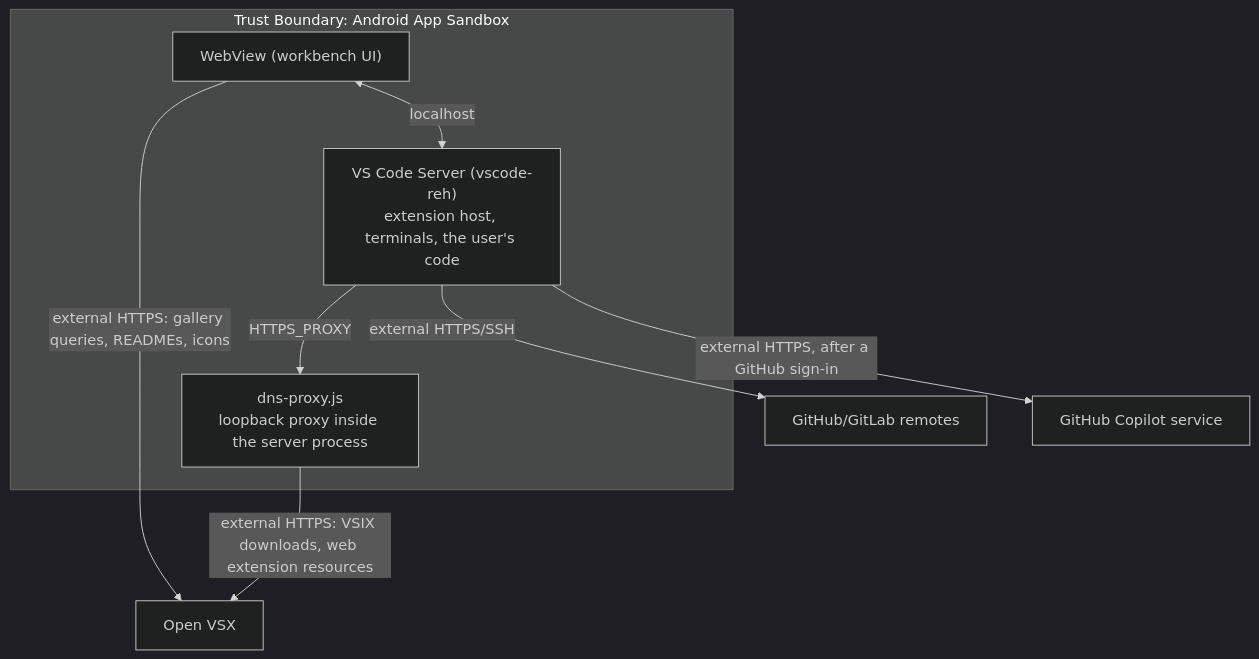
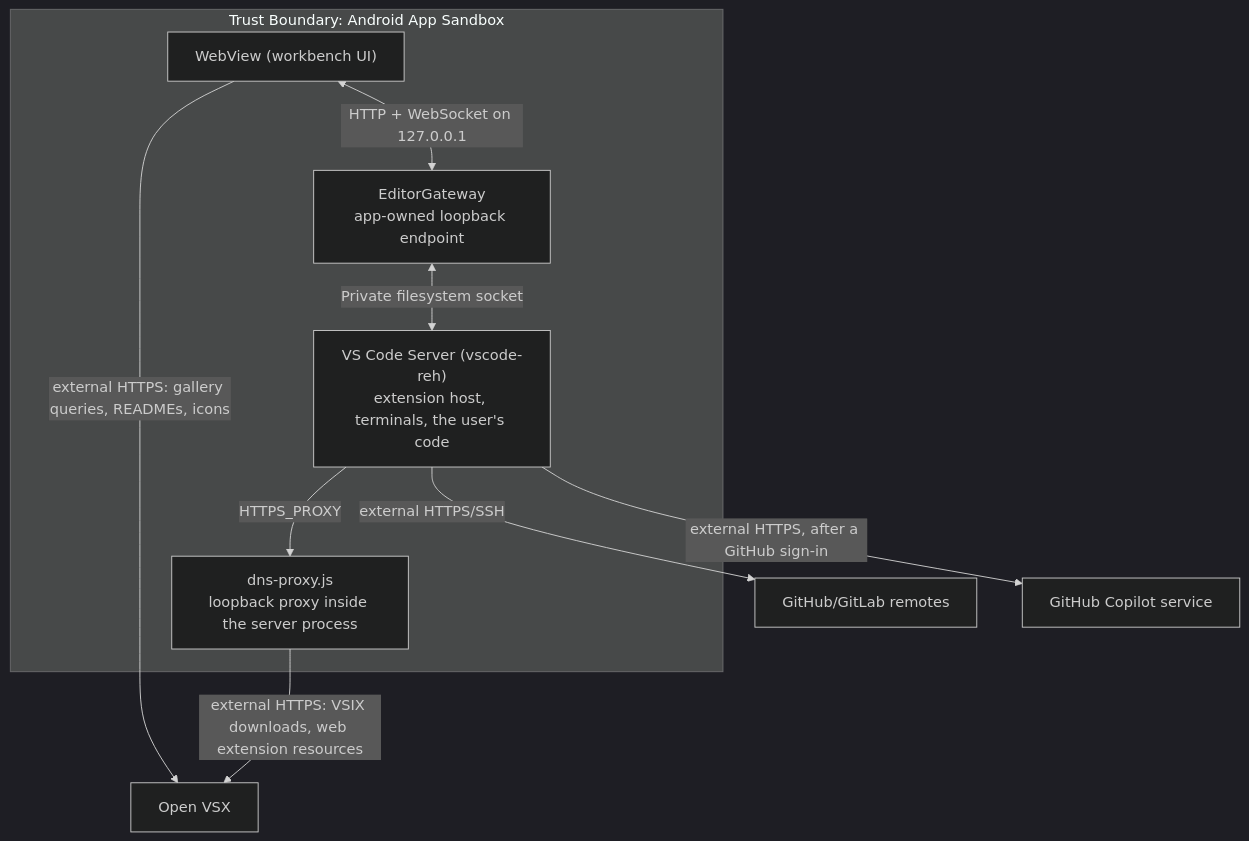
One commit to rmyndharis/VSCodroid changed the diagram in docs/06-SECURITY.md. Above: the diagram before and after it, drawn with Mermaid (dark theme). The commit also changed other lines of this file and 221 other files, not shown here.

````diff
--- a/docs/06-SECURITY.md
+++ b/docs/06-SECURITY.md
@@ -24,11 +24,12 @@
 ```mermaid
 flowchart TD
   subgraph SANDBOX["Trust Boundary: Android App Sandbox"]
-    W["WebView (workbench UI)"] <--> |"localhost"| N["VS Code Server (vscode-reh)<br/>extension host, terminals, the user's code"]
+    W["WebView (workbench UI)"] <--> |"HTTP + WebSocket on 127.0.0.1"| E["EditorGateway<br/>app-owned loopback endpoint"]
+    E <--> |"Private filesystem socket"| N["VS Code Server (vscode-reh)<br/>extension host, terminals, the user's code"]
     N --> |"HTTPS_PROXY"| P["dns-proxy.js<br/>loopback proxy inside the server process"]
   end
   W --> |"external HTTPS: gallery queries, READMEs, icons"| O["Open VSX"]
   P --> |"external HTTPS: VSIX downloads, web extension resources"| O
   N --> |"external HTTPS/SSH"| G["GitHub/GitLab remotes"]
   N --> |"external HTTPS, after a GitHub sign-in"| C["GitHub Copilot service"]
 ```
````
